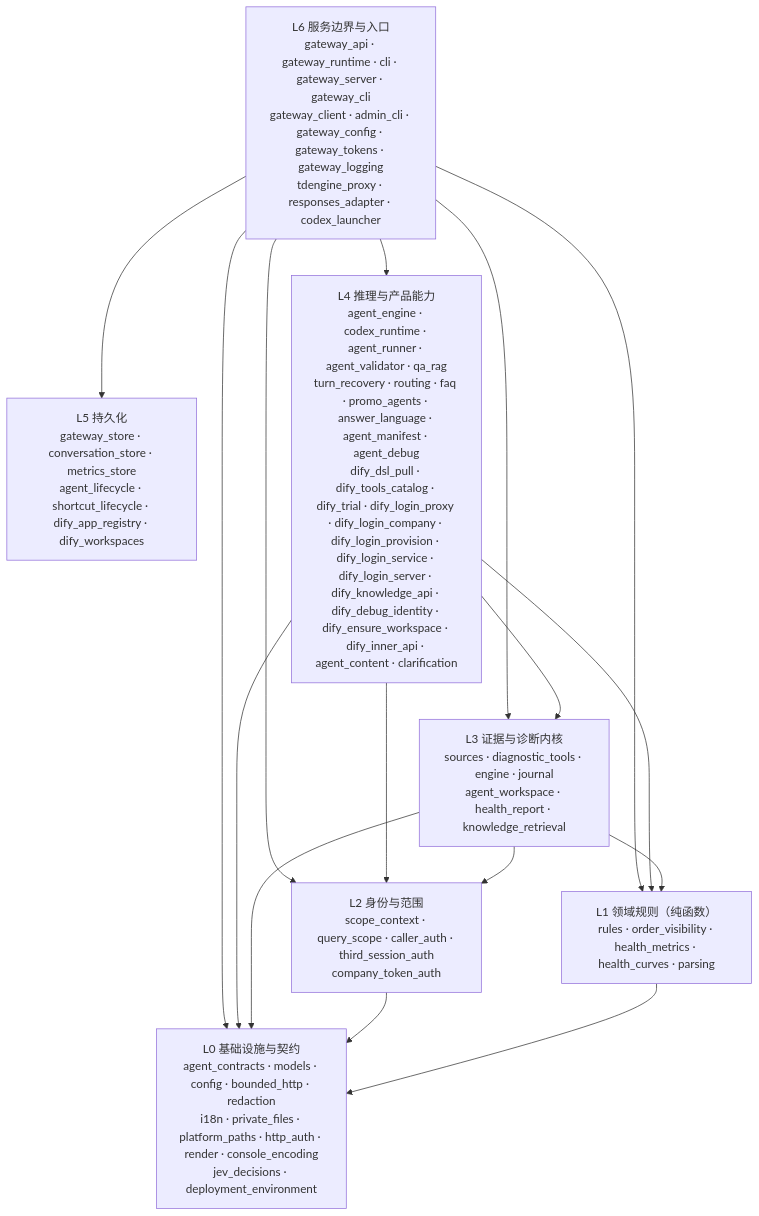
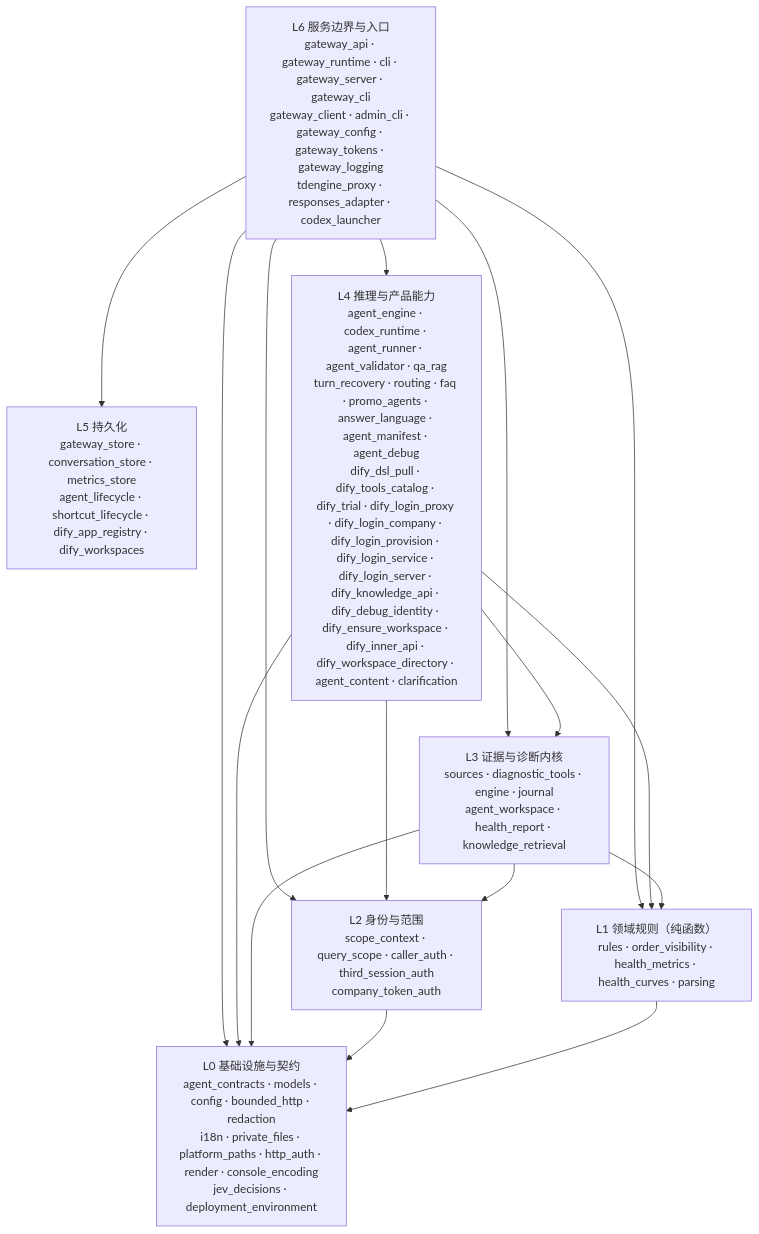
Before and after one commit to kilbertert/AI-Ops: the diagram in README.md, drawn with Mermaid. The commit also changed other lines of this file and 10 other files, not shown here.

````diff
--- a/README.md
+++ b/README.md
@@ -183,26 +183,26 @@
 ```mermaid
 flowchart TB
     L6["L6 服务边界与入口<br/>gateway_api · gateway_runtime · cli · gateway_server · gateway_cli<br/>gateway_client · admin_cli · gateway_config · gateway_tokens · gateway_logging<br/>tdengine_proxy · responses_adapter · codex_launcher"]
     L5["L5 持久化<br/>gateway_store · conversation_store · metrics_store<br/>agent_lifecycle · shortcut_lifecycle · dify_app_registry · dify_workspaces"]
-    L4["L4 推理与产品能力<br/>agent_engine · codex_runtime · agent_runner · agent_validator · qa_rag<br/>turn_recovery · routing · faq · promo_agents · answer_language · agent_manifest · agent_debug<br/>dify_dsl_pull · dify_tools_catalog · dify_trial · dify_login_proxy · dify_login_company · dify_login_provision · dify_login_service · dify_login_server · dify_knowledge_api · dify_debug_identity · dify_ensure_workspace · dify_inner_api · agent_content · clarification"]
+    L4["L4 推理与产品能力<br/>agent_engine · codex_runtime · agent_runner · agent_validator · qa_rag<br/>turn_recovery · routing · faq · promo_agents · answer_language · agent_manifest · agent_debug<br/>dify_dsl_pull · dify_tools_catalog · dify_trial · dify_login_proxy · dify_login_company · dify_login_provision · dify_login_service · dify_login_server · dify_knowledge_api · dify_debug_identity · dify_ensure_workspace · dify_inner_api · dify_workspace_directory · agent_content · clarification"]
     L3["L3 证据与诊断内核<br/>sources · diagnostic_tools · engine · journal<br/>agent_workspace · health_report · knowledge_retrieval"]
     L2["L2 身份与范围<br/>scope_context · query_scope · caller_auth · third_session_auth<br/>company_token_auth"]
     L1["L1 领域规则（纯函数）<br/>rules · order_visibility · health_metrics · health_curves · parsing"]
     L0["L0 基础设施与契约<br/>agent_contracts · models · config · bounded_http · redaction<br/>i18n · private_files · platform_paths · http_auth · render · console_encoding<br/>jev_decisions · deployment_environment"]
 
     L6 --> L5
     L6 --> L4
     L6 --> L3
     L6 --> L2
     L6 --> L1
     L6 --> L0
     L4 --> L3
     L4 --> L2
     L4 --> L1
     L4 --> L0
     L3 --> L2
     L3 --> L1
     L3 --> L0
     L2 --> L0
     L1 --> L0
 ```
````
